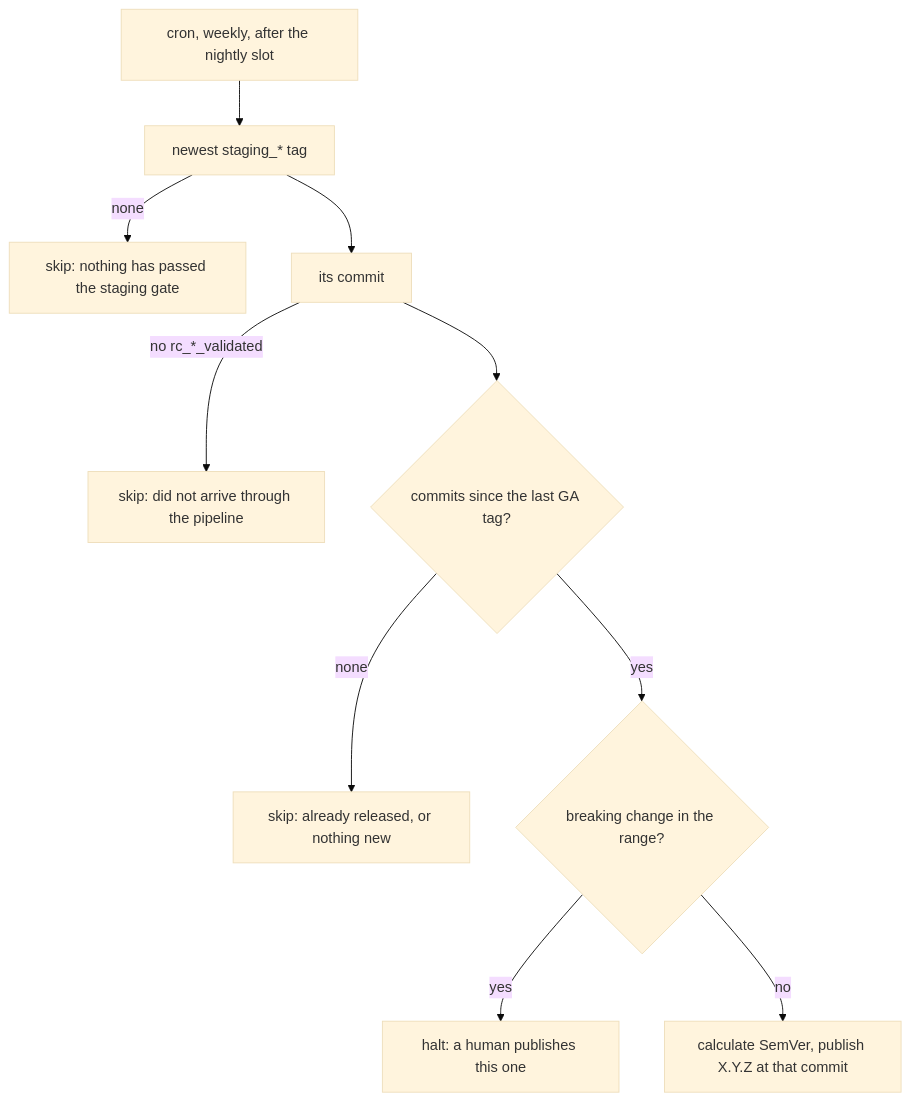
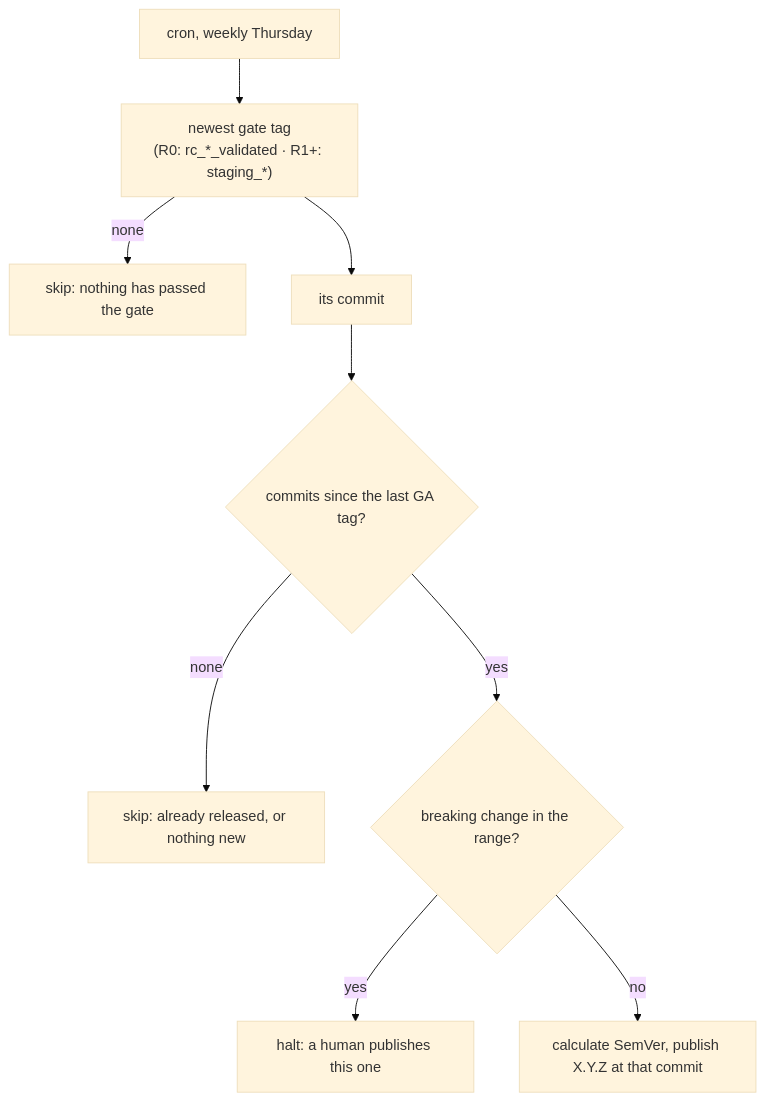
The diagram in docs/designs/weekly-release-promotion.md (gke-agentic/kube-agents), drawn with Mermaid (base theme) before and after one commit. The commit also changed other lines of this file and 1 other file, not shown here.

````diff
--- a/docs/designs/weekly-release-promotion.md
+++ b/docs/designs/weekly-release-promotion.md
@@ -46,12 +60,11 @@
 ```mermaid
 graph TD
-    A["cron, weekly, after the nightly slot"] --> B["newest staging_* tag"]
-    B -->|none| S1["skip: nothing has passed the staging gate"]
+    A["cron, weekly Thursday"] --> B["newest gate tag<br/>(R0: rc_*_validated · R1+: staging_*)"]
+    B -->|none| S1["skip: nothing has passed the gate"]
     B --> C["its commit"]
-    C -->|no rc_*_validated| S2["skip: did not arrive through the pipeline"]
     C --> D{"commits since the last GA tag?"}
     D -->|none| S3["skip: already released, or nothing new"]
     D -->|yes| E{"breaking change in the range?"}
     E -->|yes| S4["halt: a human publishes this one"]
     E -->|no| F["calculate SemVer, publish X.Y.Z at that commit"]
 ```
````
